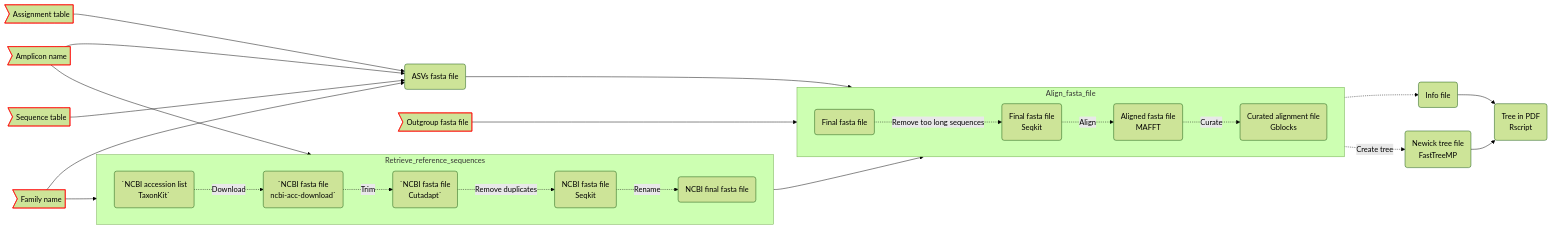
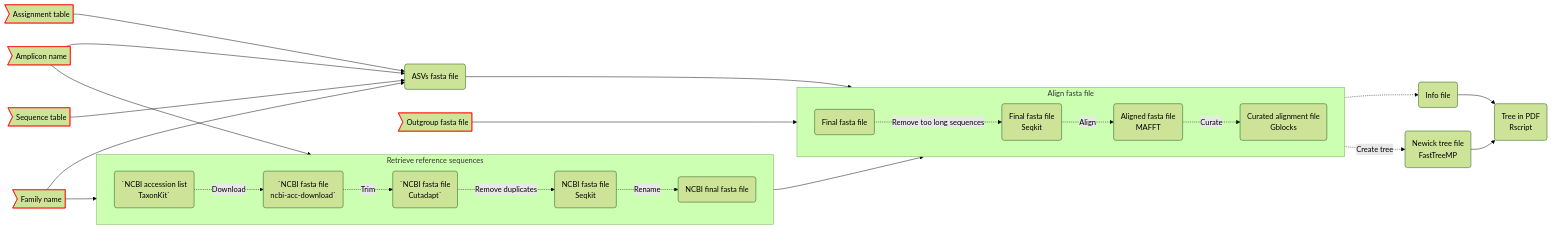
One commit to Enorya/Phylo-tree_eDNA changed the diagram in README.md. Above: the diagram before and after it, drawn with Mermaid (forest theme).

````diff
--- a/README.md
+++ b/README.md
@@ -20,47 +20,47 @@
 ```mermaid
 flowchart LR
 	amplicon>Amplicon name]
 	family>Family name]
 	Assign>Assignment table]
 	Seq>Sequence table]
 	Out>Outgroup fasta file]
 	step1(`NCBI accession list
 TaxonKit`)
 	step2(`NCBI fasta file
 ncbi-acc-download`)
 	step3(`NCBI fasta file
 Cutadapt`)
 	step4(NCBI fasta file
 Seqkit)
 	step5(NCBI final fasta file)
 	step6(ASVs fasta file)
 	step7(Final fasta file)
 	step8(Final fasta file
 Seqkit)
 	step9(Aligned fasta file
 MAFFT)
 	step10(Curated alignment file
 Gblocks)
 	step11(Newick tree file
 FastTreeMP)
 	step12(Info file)
 	step13(Tree in PDF
 Rscript)
 
-	subgraph Retrieve_reference_sequences
+	subgraph "Retrieve reference sequences"
 		direction LR
         	step1 -.->|Download| step2 -.->|Trim| step3 -.->|Remove duplicates| step4 -.->|Rename| step5
 	end
-	subgraph Align_fasta_file
+	subgraph "Align fasta file"
 		direction LR
         	step7 -.->|Remove too long sequences| step8 -.->|Align| step9 -.->|Curate| step10
 	end
 	amplicon:::red --> step1
 	family:::red --> step1
 	amplicon:::red & Assign:::red & Seq:::red & family:::red --> step6
 	step5 & Out:::red & step6 --> step7
 	step10 -.-> step12 --> step13
 	step10 -.->|Create tree| step11 --> step13
 	classDef red stroke:#f00
 
 ```
````
